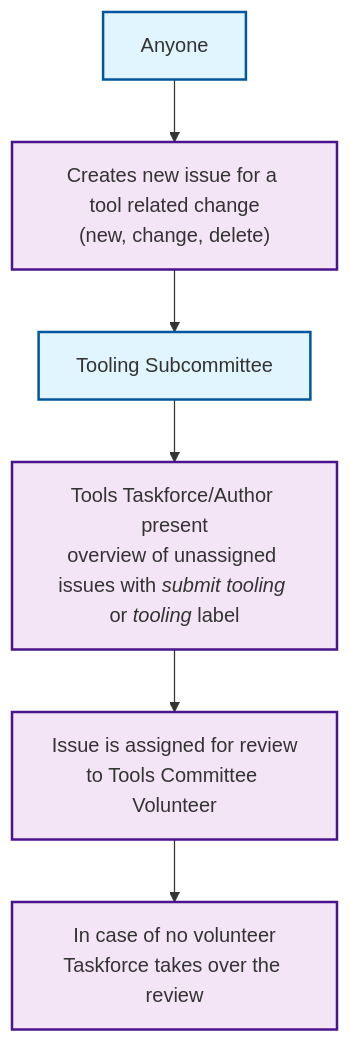
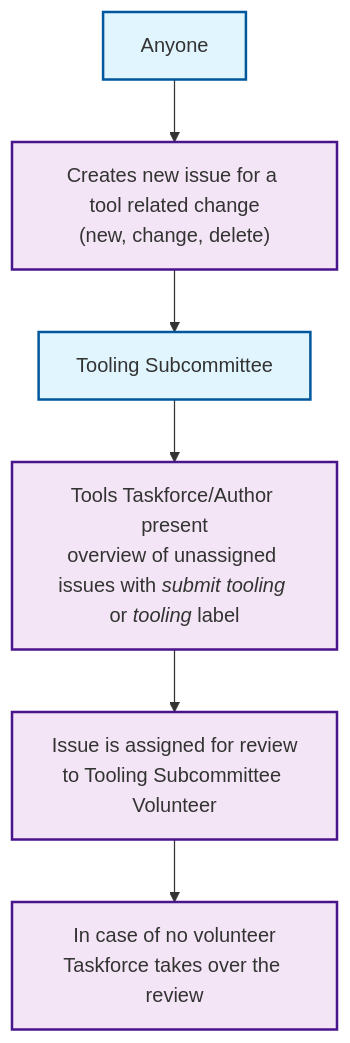
Before and after one commit to rustfoundation/safety-critical-rust-consortium: the first of 3 diagrams in arewesafetycriticalyet.org/docs/tooling/rfc-tools-review.md, drawn with Mermaid.

````diff
--- a/arewesafetycriticalyet.org/docs/tooling/rfc-tools-review.md
+++ b/arewesafetycriticalyet.org/docs/tooling/rfc-tools-review.md
@@ -40,16 +40,16 @@
 ```mermaid
 flowchart TD
     %% Assigning Phase
     A1[Anyone] --> A2["Creates new issue for a tool related change<br/>(new, change, delete)"]
     A2 --> A3[Tooling Subcommittee]
     A3 --> A4[Tools Taskforce/Author present<br/>overview of unassigned issues with <em>submit tooling</em> or <em>tooling</em> label]
-    A4 --> A5[Issue is assigned for review<br/>to Tools Committee Volunteer]
+    A4 --> A5[Issue is assigned for review<br/>to Tooling Subcommittee Volunteer]
     A5 --> A6[In case of no volunteer<br/>Taskforce takes over the review]
 
     %% Styling
     classDef actor fill:#e1f5fe,stroke:#01579b,stroke-width:2px
     classDef process fill:#f3e5f5,stroke:#4a148c,stroke-width:2px
 
     class A1,A3 actor
     class A2,A4,A5,A6 process
 ```
````
